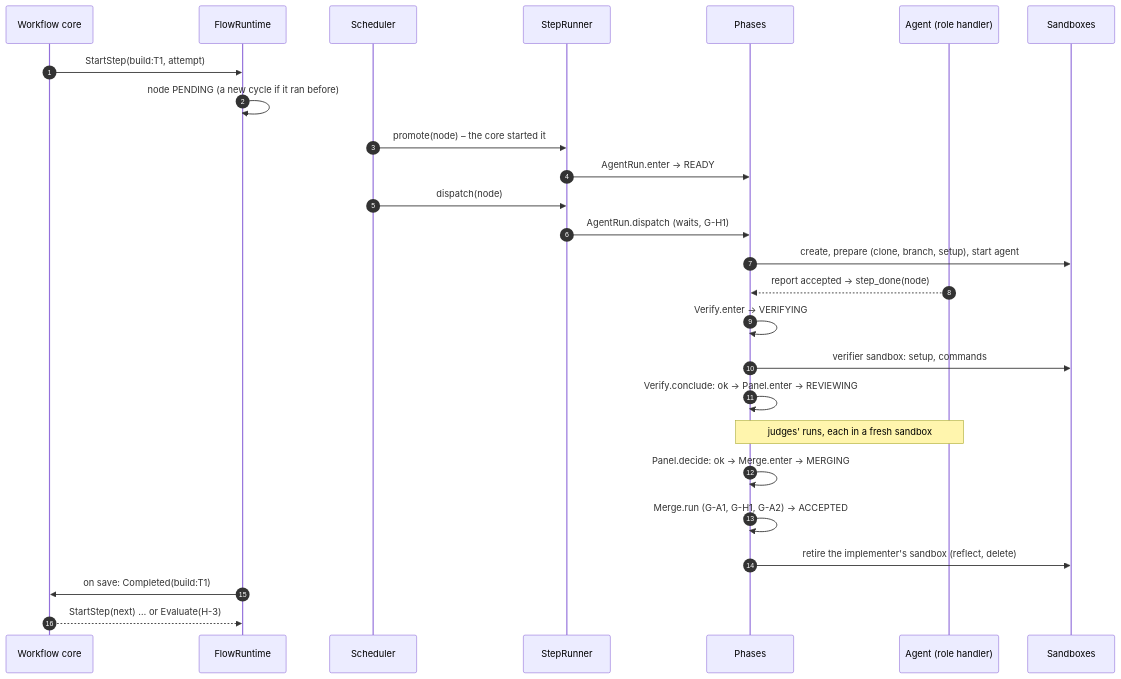
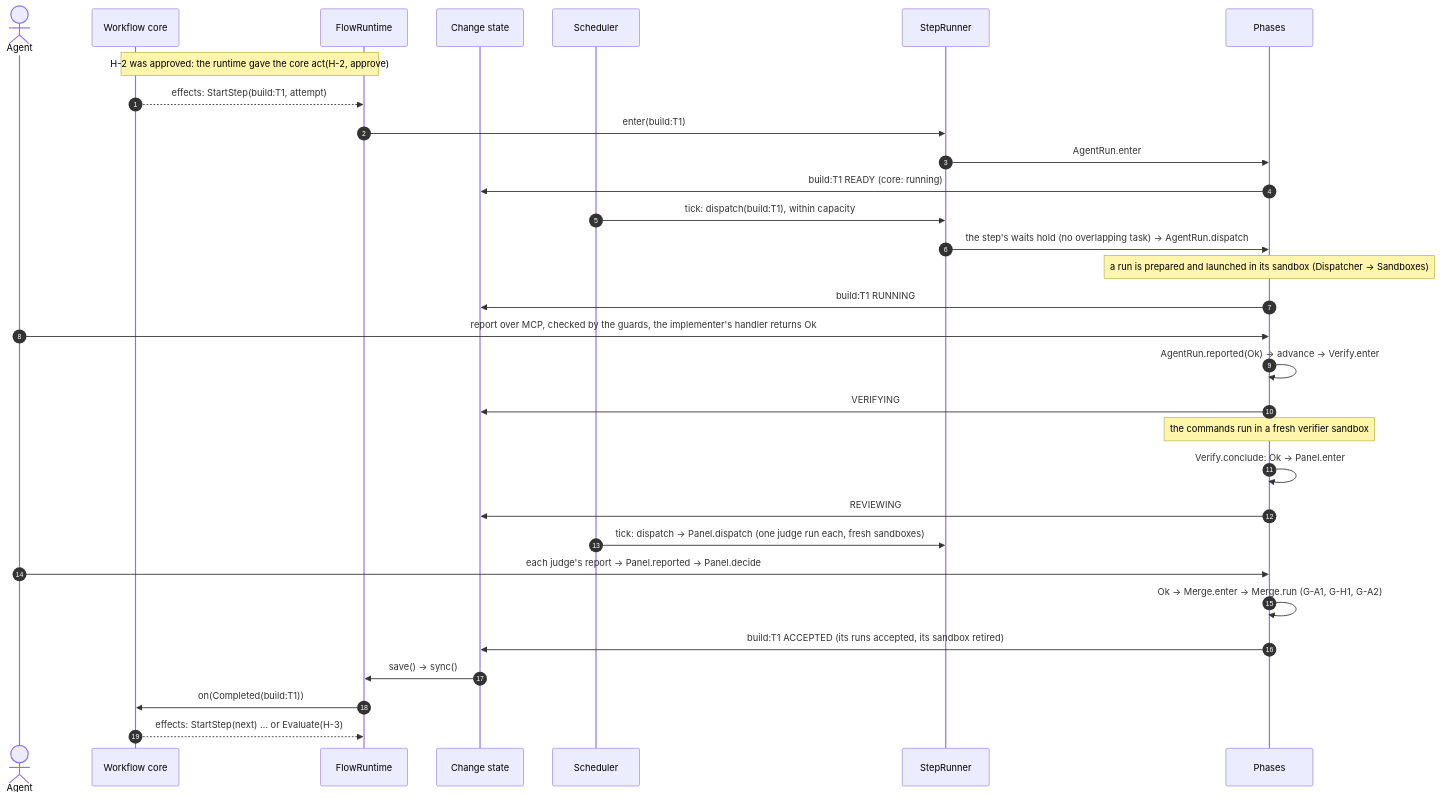
The second of 5 diagrams in docs/architecture.md (mr-miles/orchestrator), drawn with Mermaid before and after one commit. The commit also changed other lines of this file, not shown here.

First line of the commit message:
Docs: the sequence as it is – the runtime calls the core, state links back

````diff
--- a/docs/architecture.md
+++ b/docs/architecture.md
@@ -113,29 +117,34 @@
 ```mermaid
 sequenceDiagram
     autonumber
+    actor Agent
     participant Core as Workflow core
     participant RT as FlowRuntime
+    participant St as Change state
     participant Sch as Scheduler
     participant SR as StepRunner
     participant Ph as Phases
-    participant Ag as Agent (role handler)
-    participant Sb as Sandboxes
 
-    Core->>RT: StartStep(build:T1, attempt)
-    RT->>RT: node PENDING (a new cycle if it ran before)
-    Sch->>SR: promote(node) – the core started it
-    SR->>Ph: AgentRun.enter → READY
-    Sch->>SR: dispatch(node)
-    SR->>Ph: AgentRun.dispatch (waits, G-H1)
-    Ph->>Sb: create, prepare (clone, branch, setup), start agent
-    Ag-->>Ph: report accepted → step_done(node)
-    Ph->>Ph: Verify.enter → VERIFYING
-    Ph->>Sb: verifier sandbox: setup, commands
-    Ph->>Ph: Verify.conclude: ok → Panel.enter → REVIEWING
-    Note over Ph,Ag: judges' runs, each in a fresh sandbox
-    Ph->>Ph: Panel.decide: ok → Merge.enter → MERGING
-    Ph->>Ph: Merge.run (G-A1, G-H1, G-A2) → ACCEPTED
-    Ph->>Sb: retire the implementer's sandbox (reflect, delete)
-    RT->>Core: on save: Completed(build:T1)
-    Core-->>RT: StartStep(next) … or Evaluate(H-3)
+    Note over Core,RT: H-2 was approved: the runtime gave the core act(H-2, approve)
+    Core-->>RT: effects: StartStep(build:T1, attempt)
+    RT->>SR: enter(build:T1)
+    SR->>Ph: AgentRun.enter
+    Ph->>St: build:T1 READY (core: running)
+    Sch->>SR: tick: dispatch(build:T1), within capacity
+    SR->>Ph: the step's waits hold (no overlapping task) → AgentRun.dispatch
+    Note over Ph: a run is prepared and launched in its sandbox (Dispatcher → Sandboxes)
+    Ph->>St: build:T1 RUNNING
+    Agent->>Ph: report over MCP, checked by the guards, the implementer's handler returns Ok
+    Ph->>Ph: AgentRun.reported(Ok) → advance → Verify.enter
+    Ph->>St: VERIFYING
+    Note over Ph: the commands run in a fresh verifier sandbox
+    Ph->>Ph: Verify.conclude: Ok → Panel.enter
+    Ph->>St: REVIEWING
+    Sch->>SR: tick: dispatch → Panel.dispatch (one judge run each, fresh sandboxes)
+    Agent->>Ph: each judge's report → Panel.reported → Panel.decide
+    Ph->>Ph: Ok → Merge.enter → Merge.run (G-A1, G-H1, G-A2)
+    Ph->>St: build:T1 ACCEPTED (its runs accepted, its sandbox retired)
+    St->>RT: save() → sync()
+    RT->>Core: on(Completed(build:T1))
+    Core-->>RT: effects: StartStep(next) … or Evaluate(H-3)
 ```
````
